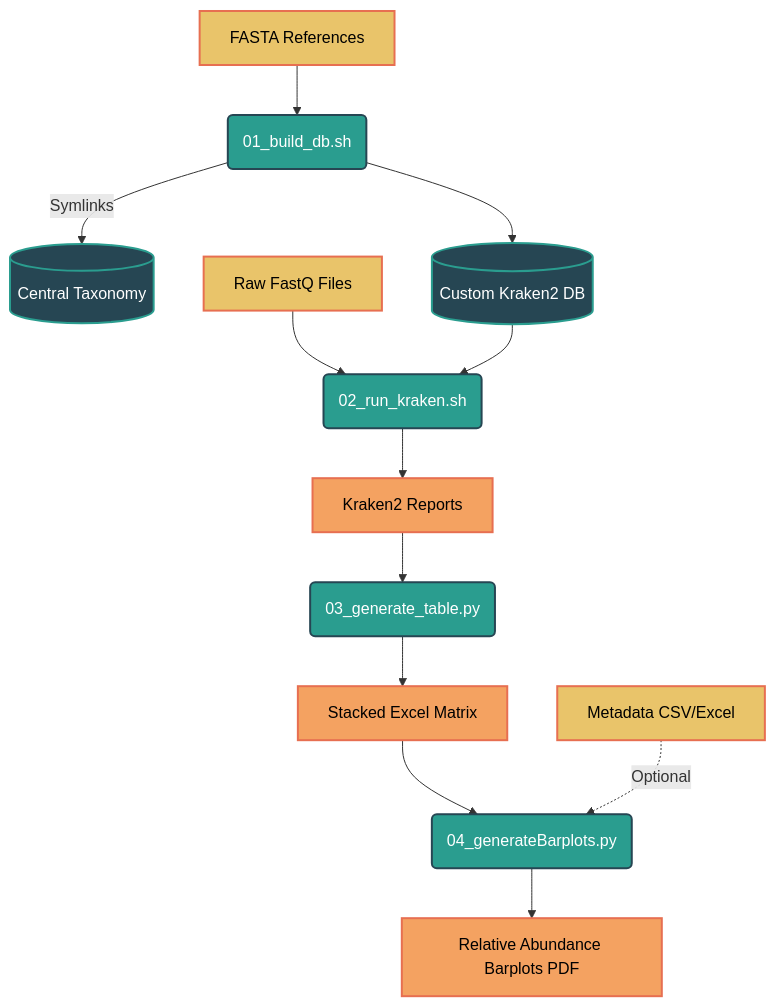
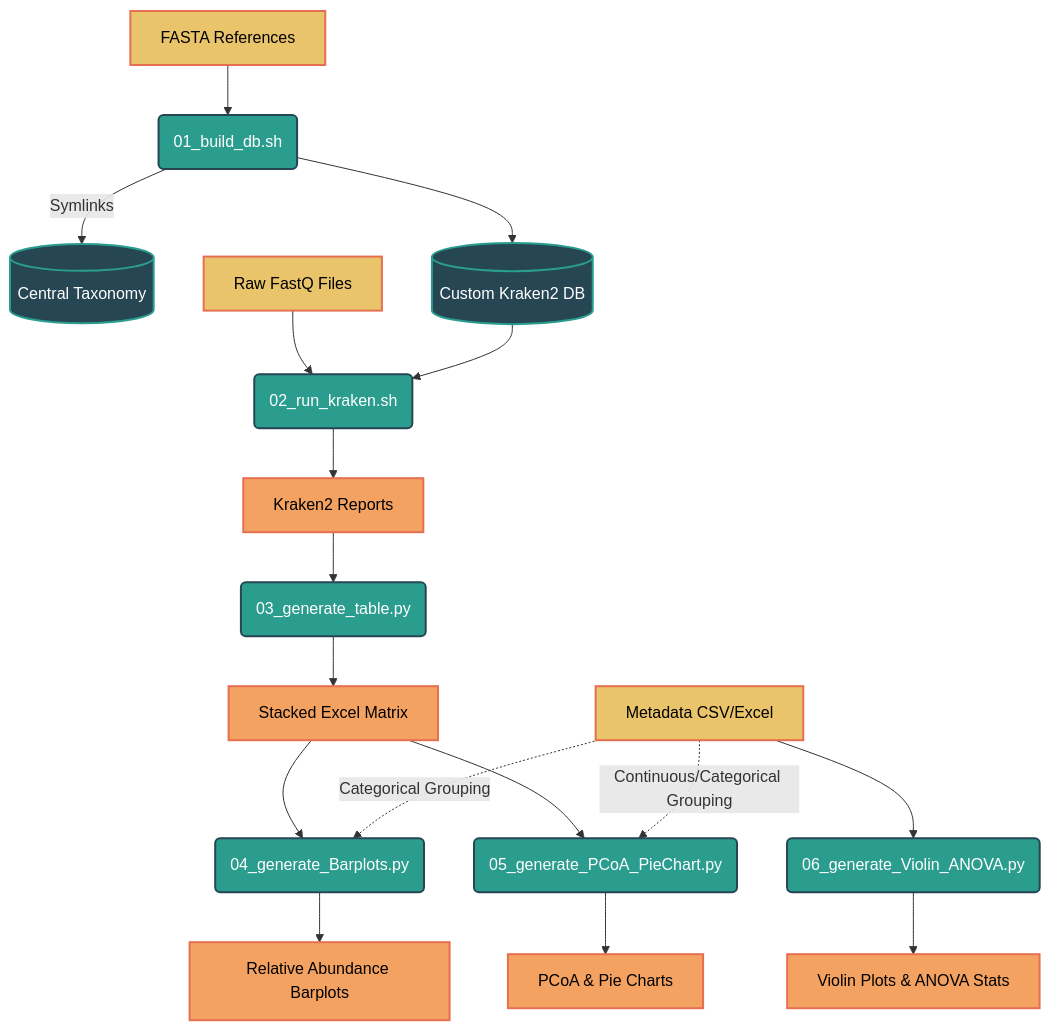
Before and after one commit to RoshTzsche/kraken_pipeline: the diagram in README.md, drawn with Mermaid. The commit also changed other lines of this file and 5 other files, not shown here.

Commit message:
order parser un script 04, all graph scripts output in results

````diff
--- a/README.md
+++ b/README.md
@@ -22,27 +27,36 @@
 ```mermaid
 graph TD
     %% Styling
     classDef script fill:#2a9d8f,stroke:#264653,stroke-width:2px,color:#fff;
     classDef input fill:#e9c46a,stroke:#e76f51,stroke-width:2px,color:#000;
     classDef output fill:#f4a261,stroke:#e76f51,stroke-width:2px,color:#000;
     classDef database fill:#264653,stroke:#2a9d8f,stroke-width:2px,color:#fff;
 
-    %% Nodes
+    %% Phase 1: DB Build
     F1[FASTA References]:::input --> S1(01_build_db.sh):::script
     S1 -->|Symlinks| DB1[(Central Taxonomy)]:::database
     S1 --> DB2[(Custom Kraken2 DB)]:::database
     
+    %% Phase 2: Classification
     F2[Raw FastQ Files]:::input --> S2(02_run_kraken.sh):::script
     DB2 --> S2
     
+    %% Phase 3: Matrix Generation
     S2 --> O1[Kraken2 Reports]:::output
     O1 --> S3(03_generate_table.py):::script
-    
     S3 --> O2[Stacked Excel Matrix]:::output
     
-    O2 --> S4(04_generateBarplots.py):::script
-    M[Metadata CSV/Excel]:::input -.->|Optional| S4
+    %% Phase 4: Analytics
+    M[Metadata CSV/Excel]:::input
     
-    S4 --> O3[Relative Abundance Barplots PDF]:::output
+    O2 --> S4(04_generate_Barplots.py):::script
+    M -.->|Categorical Grouping| S4
+    S4 --> O3[Relative Abundance Barplots]:::output
 
+    O2 --> S5(05_generate_PCoA_PieChart.py):::script
+    M -.->|Continuous/Categorical Grouping| S5
+    S5 --> O4[PCoA & Pie Charts]:::output
+
+    M --> S6(06_generate_Violin_ANOVA.py):::script
+    S6 --> O5[Violin Plots & ANOVA Stats]:::output
 ```
````
